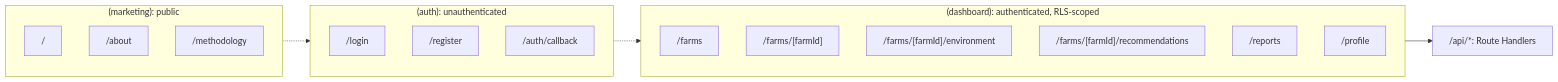
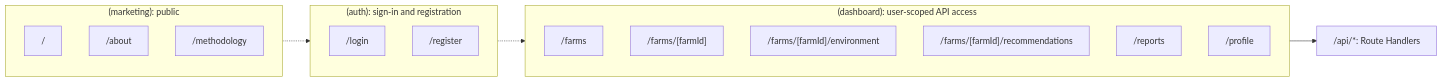
The third of 15 diagrams in ARCHITECTURE.md (vip-ultr/dalashift), drawn with Mermaid before and after one commit. The commit also changed other lines of this file and 40 other files, not shown here.

````diff
--- a/ARCHITECTURE.md
+++ b/ARCHITECTURE.md
@@ -138,25 +138,24 @@
 ```mermaid
 flowchart LR
     subgraph Public["(marketing): public"]
         L["/"]
         About["/about"]
         Method["/methodology"]
     end
-    subgraph Auth["(auth): unauthenticated"]
+    subgraph Auth["(auth): sign-in and registration"]
         Login["/login"]
         Reg["/register"]
-        CB["/auth/callback"]
     end
-    subgraph Dash["(dashboard): authenticated, RLS-scoped"]
+    subgraph Dash["(dashboard): user-scoped API access"]
         Farms["/farms"]
         Farm["/farms/[farmId]"]
         FarmEnv["/farms/[farmId]/environment"]
         FarmRec["/farms/[farmId]/recommendations"]
         Reports["/reports"]
         Profile["/profile"]
     end
     API["/api/*: Route Handlers"]
 
     Public -.-> Auth -.-> Dash
     Dash --> API
 ```
````
